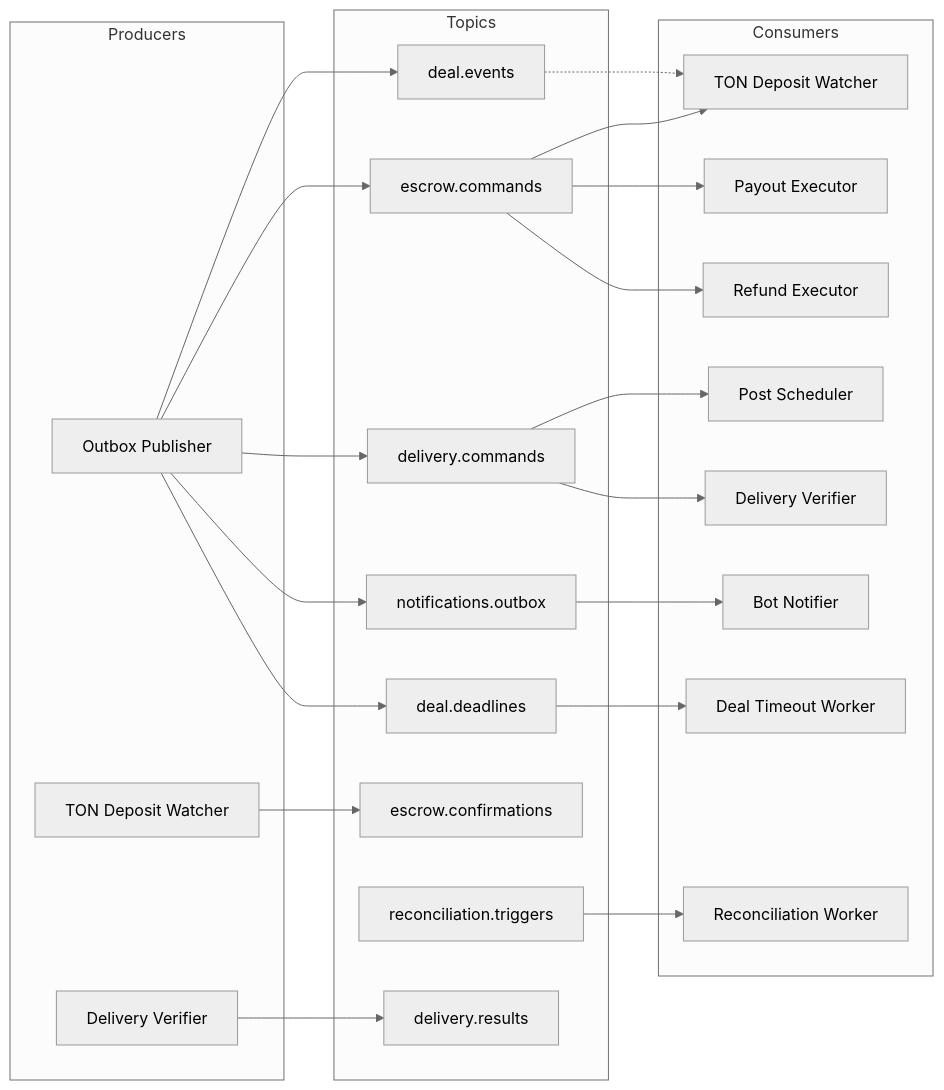
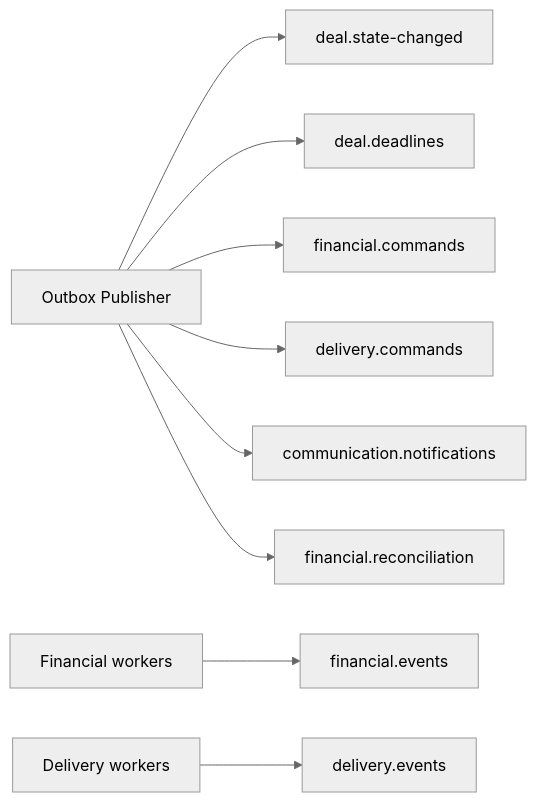
Before and after one commit to lonmstalker/advert-market: the diagram in .memory-bank/04-architecture/06-kafka-topology.md, drawn with Mermaid (neutral theme). The commit also changed other lines of this file and 82 other files, not shown here.

````diff
--- a/.memory-bank/04-architecture/06-kafka-topology.md
+++ b/.memory-bank/04-architecture/06-kafka-topology.md
@@ -9,41 +12,12 @@
 ```mermaid
 flowchart LR
-    subgraph Producers
-        OP[Outbox Publisher]
-        DW[TON Deposit Watcher]
-        DV[Delivery Verifier]
-    end
+    OP[Outbox Publisher] --> DSC[deal.state-changed]
+    OP --> DDL[deal.deadlines]
+    OP --> FCM[financial.commands]
+    OP --> DCM[delivery.commands]
+    OP --> CN[communication.notifications]
+    OP --> FR[financial.reconciliation]
 
-    subgraph Topics
-        DE[deal.events]
-        EC[escrow.commands]
-        ECF[escrow.confirmations]
-        DC[delivery.commands]
-        DR[delivery.results]
-        NO[notifications.outbox]
-        RT[reconciliation.triggers]
-        DD[deal.deadlines]
-    end
-
-    subgraph Consumers
-        TDW[TON Deposit Watcher]
-        PE[Payout Executor]
-        RE[Refund Executor]
-        DTW[Deal Timeout Worker]
-        PS[Post Scheduler]
-        DVR[Delivery Verifier]
-        RW[Reconciliation Worker]
-        BN[Bot Notifier]
-    end
-
-    OP --> DE & EC & DC & NO & DD
-    DW --> ECF
-    DV --> DR
-
-    DE -.-> TDW
-    EC --> TDW & PE & RE
-    DD --> DTW
-    DC --> PS & DVR
-    NO --> BN
-    RT --> RW
+    FDW[Financial workers] --> FE[financial.events]
+    DV[Delivery workers] --> DE[delivery.events]
 ```
````
